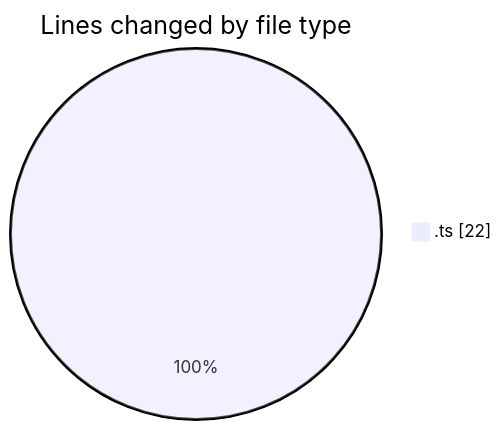
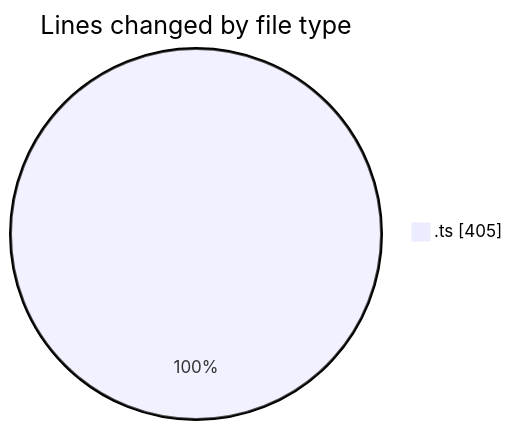
Before and after one commit to momahboobian/code-tracking: the first of 2 diagrams in 2025-08-08/cda/README.md, drawn with Mermaid. The commit also changed other lines of this file and 1 other file, not shown here.

````diff
--- a/2025-08-08/cda/README.md
+++ b/2025-08-08/cda/README.md
@@ -20,5 +20,5 @@
 ```mermaid
 pie showData
 title Lines changed by file type
-".ts" : 22
+".ts" : 405
 ```
````
